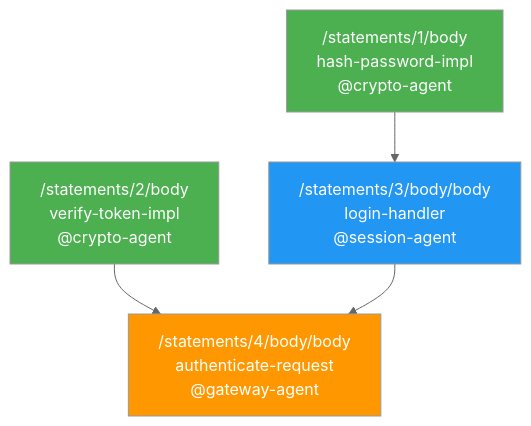
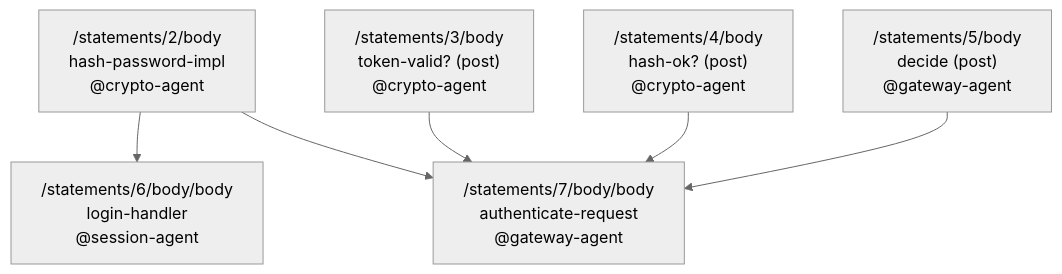
Before and after one commit to machunter/llmll: the first of 2 diagrams in docs/orchestrator-walkthrough.md, drawn with Mermaid (neutral theme). The commit also changed other lines of this file and 19 other files, not shown here.

First line of the commit message:
release: v0.26.10 (auth walkthrough proves its decisions; orchestra typed dry run; roadmap rows)

````diff
--- a/docs/orchestrator-walkthrough.md
+++ b/docs/orchestrator-walkthrough.md
@@ -372,16 +285,15 @@
 ```mermaid
 graph TD
-    A["/statements/1/body<br/>hash-password-impl<br/>@crypto-agent"]
-    B["/statements/2/body<br/>verify-token-impl<br/>@crypto-agent"]
-    C["/statements/3/body/body<br/>login-handler<br/>@session-agent"]
-    D["/statements/4/body/body<br/>authenticate-request<br/>@gateway-agent"]
+    A["/statements/2/body<br/>hash-password-impl<br/>@crypto-agent"]
+    B["/statements/3/body<br/>token-valid? (post)<br/>@crypto-agent"]
+    C["/statements/4/body<br/>hash-ok? (post)<br/>@crypto-agent"]
+    D["/statements/5/body<br/>decide (post)<br/>@gateway-agent"]
+    E["/statements/6/body/body<br/>login-handler<br/>@session-agent"]
+    F["/statements/7/body/body<br/>authenticate-request<br/>@gateway-agent"]
 
-    A --> C
-    B --> D
-    C --> D
-
-    style A fill:#4CAF50,color:#fff
-    style B fill:#4CAF50,color:#fff
-    style C fill:#2196F3,color:#fff
-    style D fill:#FF9800,color:#fff
+    A --> E
+    A --> F
+    B --> F
+    C --> F
+    D --> F
 ```
````
